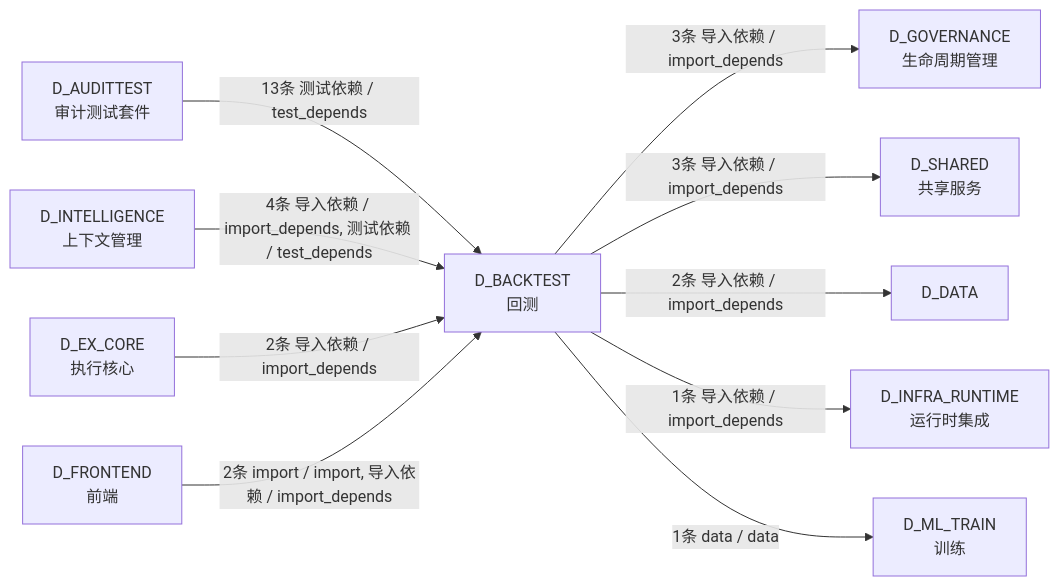
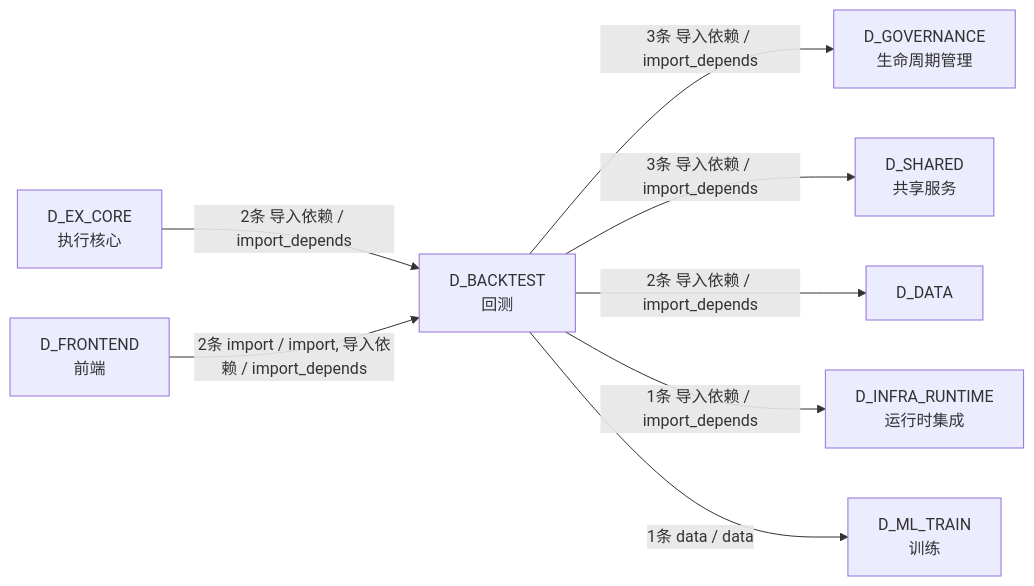
Before and after one commit to xuanFelixVan/ZephyrAlpha: the fifth of 5 diagrams in docs/02_enterprise_architecture/02_domain_architecture_docs/30_d_backtest.md, drawn with Mermaid. The commit also changed other lines of this file and 126 other files, not shown here.

````diff
--- a/docs/02_enterprise_architecture/02_domain_architecture_docs/30_d_backtest.md
+++ b/docs/02_enterprise_architecture/02_domain_architecture_docs/30_d_backtest.md
@@ -434,22 +326,18 @@
 ```mermaid
 graph LR
     D_BACKTEST["D_BACKTEST<br/>回测"]
     D_GOVERNANCE["D_GOVERNANCE<br/>生命周期管理"]
     D_SHARED["D_SHARED<br/>共享服务"]
     D_DATA["D_DATA"]
     D_INFRA_RUNTIME["D_INFRA_RUNTIME<br/>运行时集成"]
     D_ML_TRAIN["D_ML_TRAIN<br/>训练"]
-    D_AUDITTEST["D_AUDITTEST<br/>审计测试套件"]
-    D_INTELLIGENCE["D_INTELLIGENCE<br/>上下文管理"]
     D_EX_CORE["D_EX_CORE<br/>执行核心"]
     D_FRONTEND["D_FRONTEND<br/>前端"]
     D_BACKTEST -->|3条 导入依赖 / import_depends| D_GOVERNANCE
     D_BACKTEST -->|3条 导入依赖 / import_depends| D_SHARED
     D_BACKTEST -->|2条 导入依赖 / import_depends| D_DATA
     D_BACKTEST -->|1条 导入依赖 / import_depends| D_INFRA_RUNTIME
     D_BACKTEST -->|1条 data / data| D_ML_TRAIN
-    D_AUDITTEST -->|13条 测试依赖 / test_depends| D_BACKTEST
-    D_INTELLIGENCE -->|4条 导入依赖 / import_depends, 测试依赖 / test_depends| D_BACKTEST
     D_EX_CORE -->|2条 导入依赖 / import_depends| D_BACKTEST
     D_FRONTEND -->|2条 import / import, 导入依赖 / import_depends| D_BACKTEST
 ```
````
